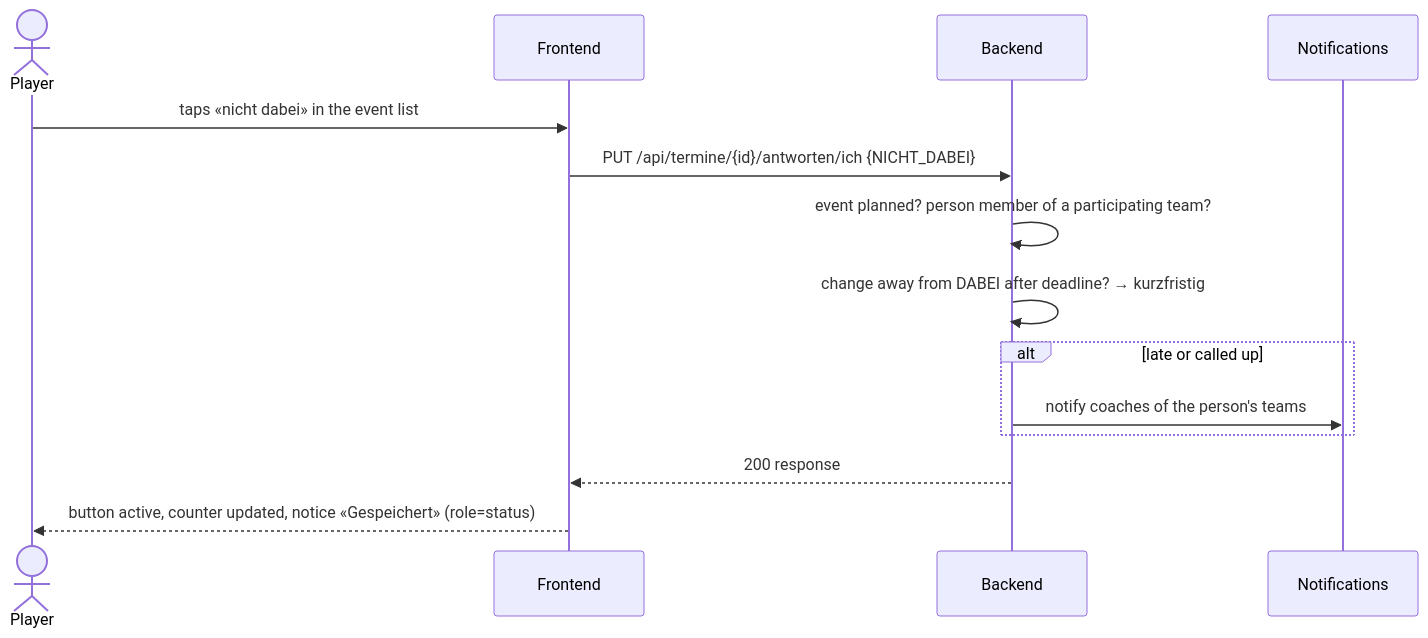
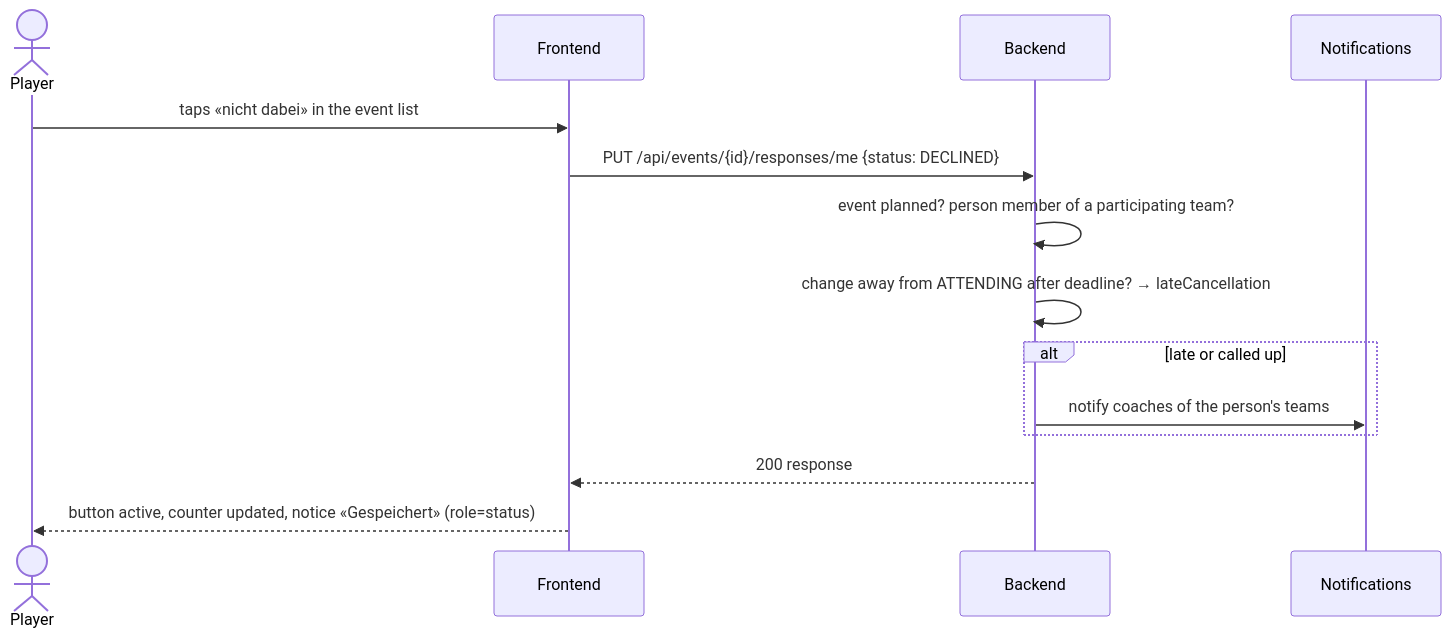
Before and after one commit to cyrilleulmi/StvBeroPlatform: diagram 11 of 13 in docs/states.md, drawn with Mermaid. The commit also changed other lines of this file and 435 other files, not shown here.

````diff
--- a/docs/states.md
+++ b/docs/states.md
@@ -291,16 +291,16 @@
 ```mermaid
 sequenceDiagram
     actor S as Player
     participant F as Frontend
     participant B as Backend
     participant N as Notifications
     S->>F: taps «nicht dabei» in the event list
-    F->>B: PUT /api/termine/{id}/antworten/ich {NICHT_DABEI}
+    F->>B: PUT /api/events/{id}/responses/me {status: DECLINED}
     B->>B: event planned? person member of a participating team?
-    B->>B: change away from DABEI after deadline? → kurzfristig
+    B->>B: change away from ATTENDING after deadline? → lateCancellation
     alt late or called up
         B->>N: notify coaches of the person's teams
     end
     B-->>F: 200 response
     F-->>S: button active, counter updated, notice «Gespeichert» (role=status)
 ```
````
